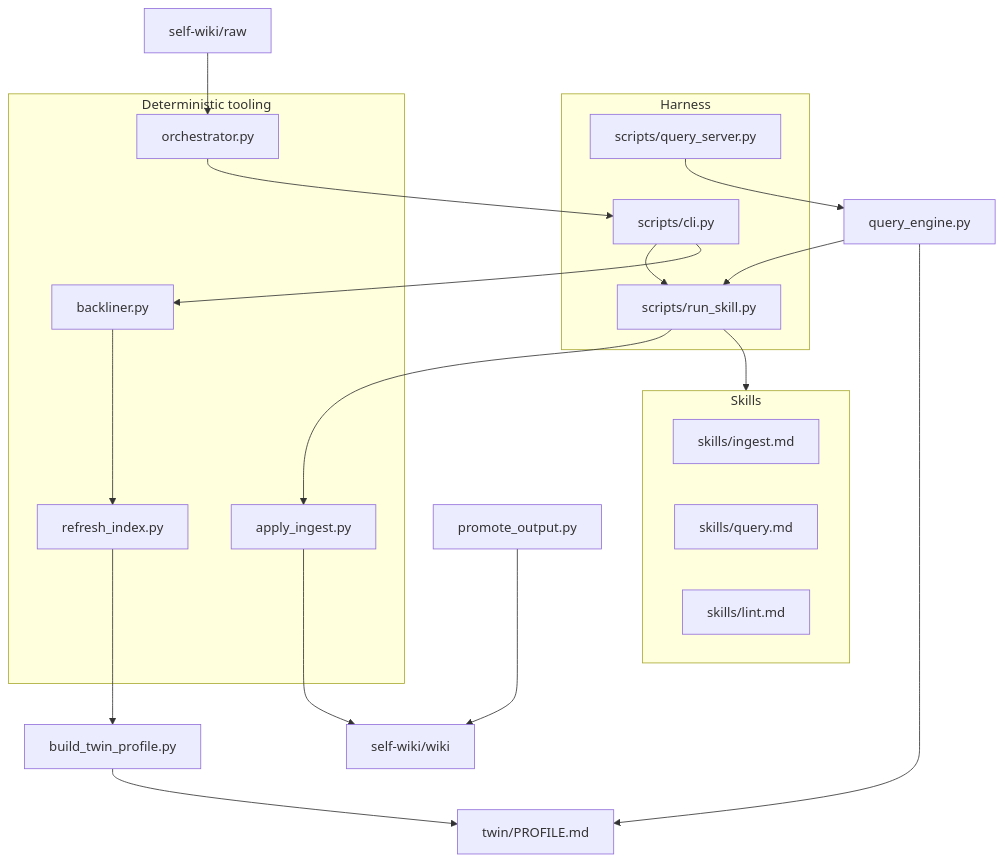
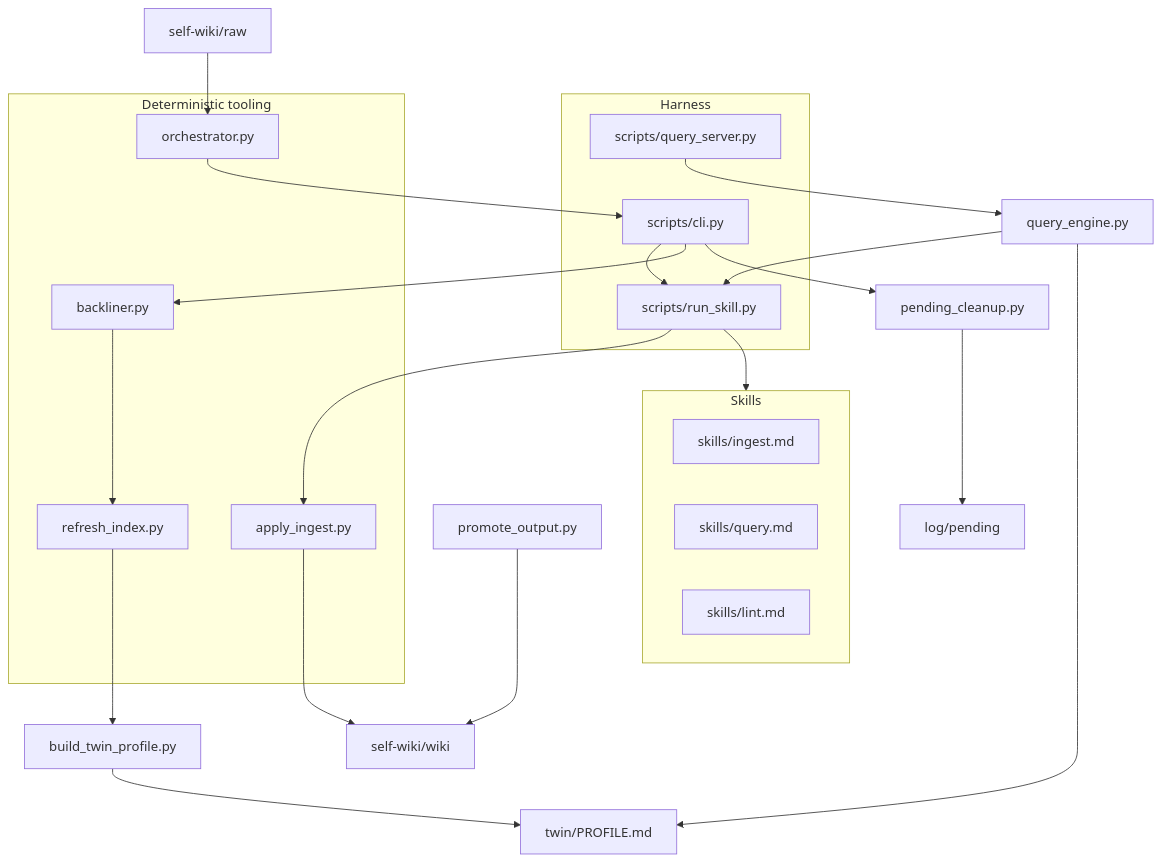
One commit to raymondworkshop/dev.self-wiki changed the diagram in ARCHITECTURE.md. Above: the diagram before and after it, drawn with Mermaid. The commit also changed other lines of this file and 31 other files, not shown here.

````diff
--- a/ARCHITECTURE.md
+++ b/ARCHITECTURE.md
@@ -13,33 +13,35 @@
 ```mermaid
 flowchart TB
   subgraph skills [Skills]
     Ingest[skills/ingest.md]
     Query[skills/query.md]
     Lint[skills/lint.md]
   end
 
   subgraph harness [Harness]
     CLI[scripts/cli.py]
     RunSkill[scripts/run_skill.py]
     Web[scripts/query_server.py]
   end
 
   subgraph tooling [Deterministic tooling]
     Orch[orchestrator.py]
     Apply[apply_ingest.py]
     Back[backliner.py]
     Index[refresh_index.py]
   end
 
   Raw[self-wiki/raw] --> Orch
   Orch --> CLI
   CLI --> RunSkill
   RunSkill --> skills
   RunSkill --> Apply
   Apply --> Wiki[self-wiki/wiki]
   CLI --> Back --> Index --> Twin[build_twin_profile.py]
   Twin --> Profile[twin/PROFILE.md]
+  CLI --> Pending[pending_cleanup.py]
+  Pending --> PendingDir[log/pending]
   Web --> QueryEngine[query_engine.py] --> RunSkill
   QueryEngine --> Profile
   Promote[promote_output.py] --> Wiki
 ```
````
